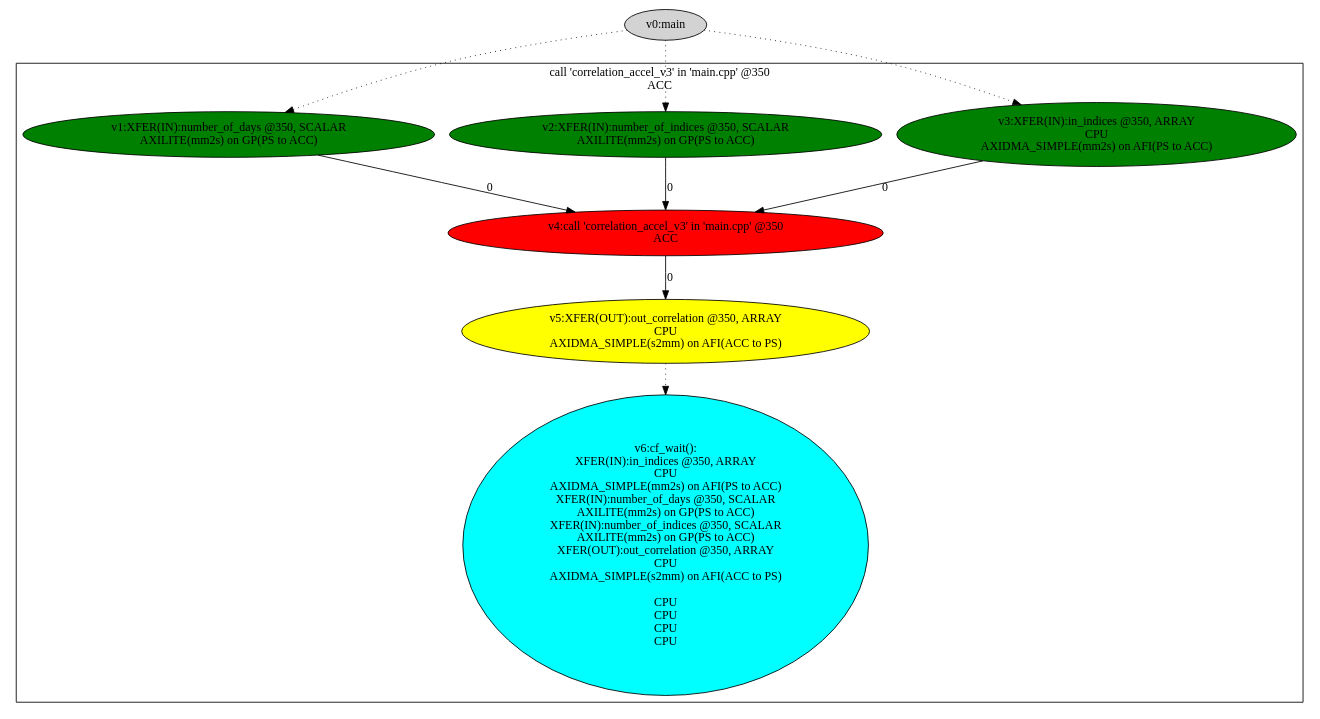
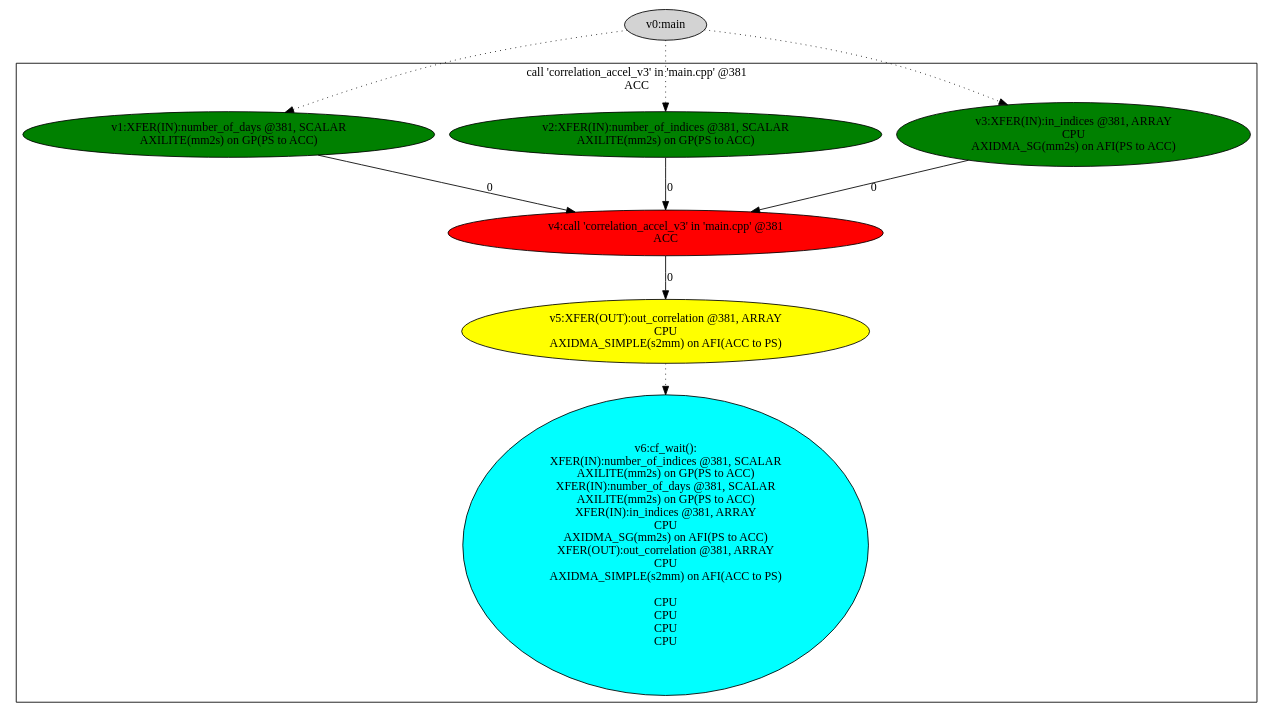
Before and after one commit to nguyencanhtrung/SDSoC: the diagram in workspace/correlation_ver2_axis/correlation_axis_ver3/SDRelease/_sds/.llvm/_p0_dtg.dot, drawn with Graphviz. The commit also changed 6883 other files, not shown here.

Commit message:
Add v2: nodata flow Add v3: data flow - Stream FIFO = 252

```diff
--- a/workspace/correlation_ver2_axis/correlation_axis_ver3/SDRelease/_sds/.llvm/_p0_dtg.dot
+++ b/workspace/correlation_ver2_axis/correlation_axis_ver3/SDRelease/_sds/.llvm/_p0_dtg.dot
@@ -1,26 +1,26 @@
 digraph dm_graph {
 v0 [label = "v0:main" ,style=filled];
-v1 [label = "v1:XFER(IN):number_of_days @350, SCALAR\nAXILITE(mm2s) on GP(PS to ACC)\n" ,style=filled,fillcolor = green];
-v2 [label = "v2:XFER(IN):number_of_indices @350, SCALAR\nAXILITE(mm2s) on GP(PS to ACC)\n" ,style=filled,fillcolor = green];
-v3 [label = "v3:XFER(IN):in_indices @350, ARRAY\nCPU\nAXIDMA_SIMPLE(mm2s) on AFI(PS to ACC)\n" ,style=filled,fillcolor = green];
-v4 [label = "v4:call 'correlation_accel_v3' in 'main.cpp' @350\nACC\n" ,style=filled,fillcolor = red];
-v5 [label = "v5:XFER(OUT):out_correlation @350, ARRAY\nCPU\nAXIDMA_SIMPLE(s2mm) on AFI(ACC to PS)\n" ,style=filled,fillcolor = yellow];
-v6 [label = "v6:cf_wait(): \nXFER(IN):in_indices @350, ARRAY\nCPU\nAXIDMA_SIMPLE(mm2s) on AFI(PS to ACC)\nXFER(IN):number_of_days @350, SCALAR\nAXILITE(mm2s) on GP(PS to ACC)\nXFER(IN):number_of_indices @350, SCALAR\nAXILITE(mm2s) on GP(PS to ACC)\nXFER(OUT):out_correlation @350, ARRAY\nCPU\nAXIDMA_SIMPLE(s2mm) on AFI(ACC to PS)\n\nCPU\nCPU\nCPU\nCPU\n" ,style=filled,fillcolor = cyan];
+v1 [label = "v1:XFER(IN):number_of_days @381, SCALAR\nAXILITE(mm2s) on GP(PS to ACC)\n" ,style=filled,fillcolor = green];
+v2 [label = "v2:XFER(IN):number_of_indices @381, SCALAR\nAXILITE(mm2s) on GP(PS to ACC)\n" ,style=filled,fillcolor = green];
+v3 [label = "v3:XFER(IN):in_indices @381, ARRAY\nCPU\nAXIDMA_SG(mm2s) on AFI(PS to ACC)\n" ,style=filled,fillcolor = green];
+v4 [label = "v4:call 'correlation_accel_v3' in 'main.cpp' @381\nACC\n" ,style=filled,fillcolor = red];
+v5 [label = "v5:XFER(OUT):out_correlation @381, ARRAY\nCPU\nAXIDMA_SIMPLE(s2mm) on AFI(ACC to PS)\n" ,style=filled,fillcolor = yellow];
+v6 [label = "v6:cf_wait(): \nXFER(IN):number_of_indices @381, SCALAR\nAXILITE(mm2s) on GP(PS to ACC)\nXFER(IN):number_of_days @381, SCALAR\nAXILITE(mm2s) on GP(PS to ACC)\nXFER(IN):in_indices @381, ARRAY\nCPU\nAXIDMA_SG(mm2s) on AFI(PS to ACC)\nXFER(OUT):out_correlation @381, ARRAY\nCPU\nAXIDMA_SIMPLE(s2mm) on AFI(ACC to PS)\n\nCPU\nCPU\nCPU\nCPU\n" ,style=filled,fillcolor = cyan];
 subgraph cluster0 {
 v1;
 v2;
 v3;
 v4;
 v5;
 v6;
-label = "call 'correlation_accel_v3' in 'main.cpp' @350\nACC\n";
+label = "call 'correlation_accel_v3' in 'main.cpp' @381\nACC\n";
 }
 v1 -> v4 [label = "0"];
 v2 -> v4 [label = "0"];
 v3 -> v4 [label = "0"];
 v4 -> v5 [label = "0"];
 v5 -> v6 [label = "", style = dotted];
 v0 -> v1 [label = "", style = dotted];
 v0 -> v2 [label = "", style = dotted];
 v0 -> v3 [label = "", style = dotted];
 }
```
